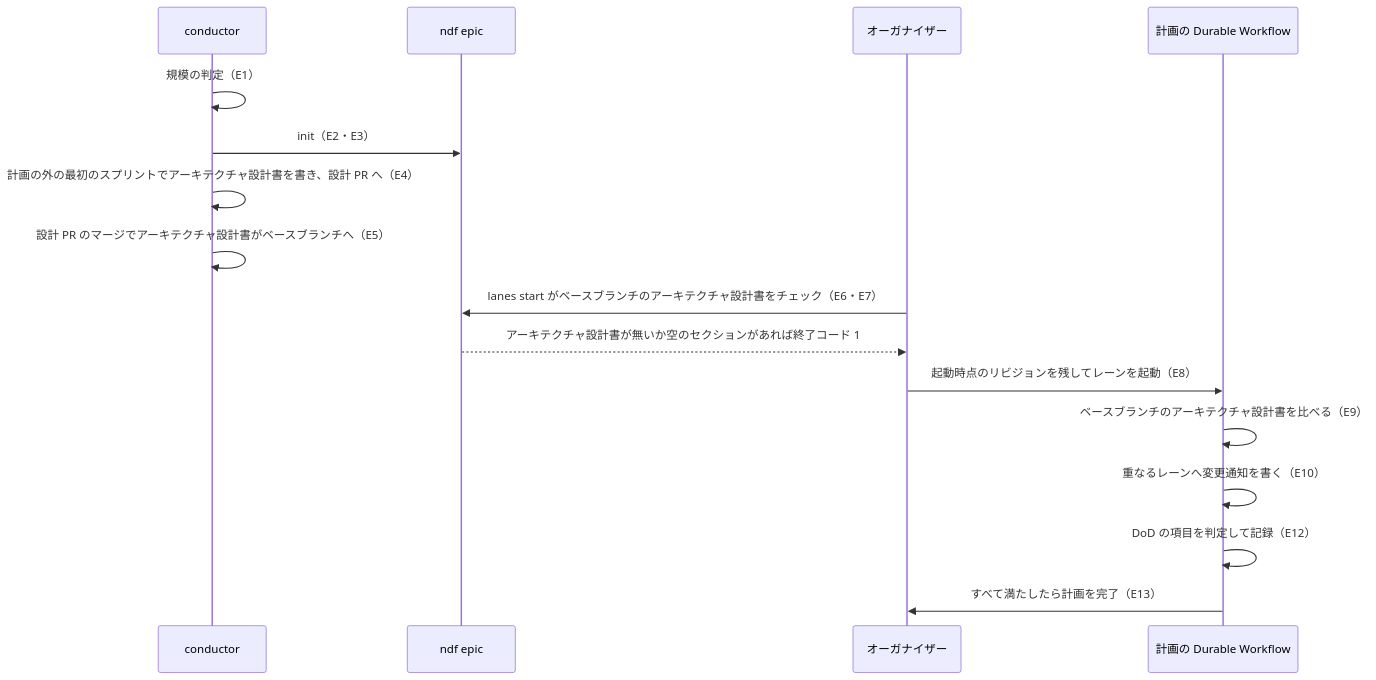
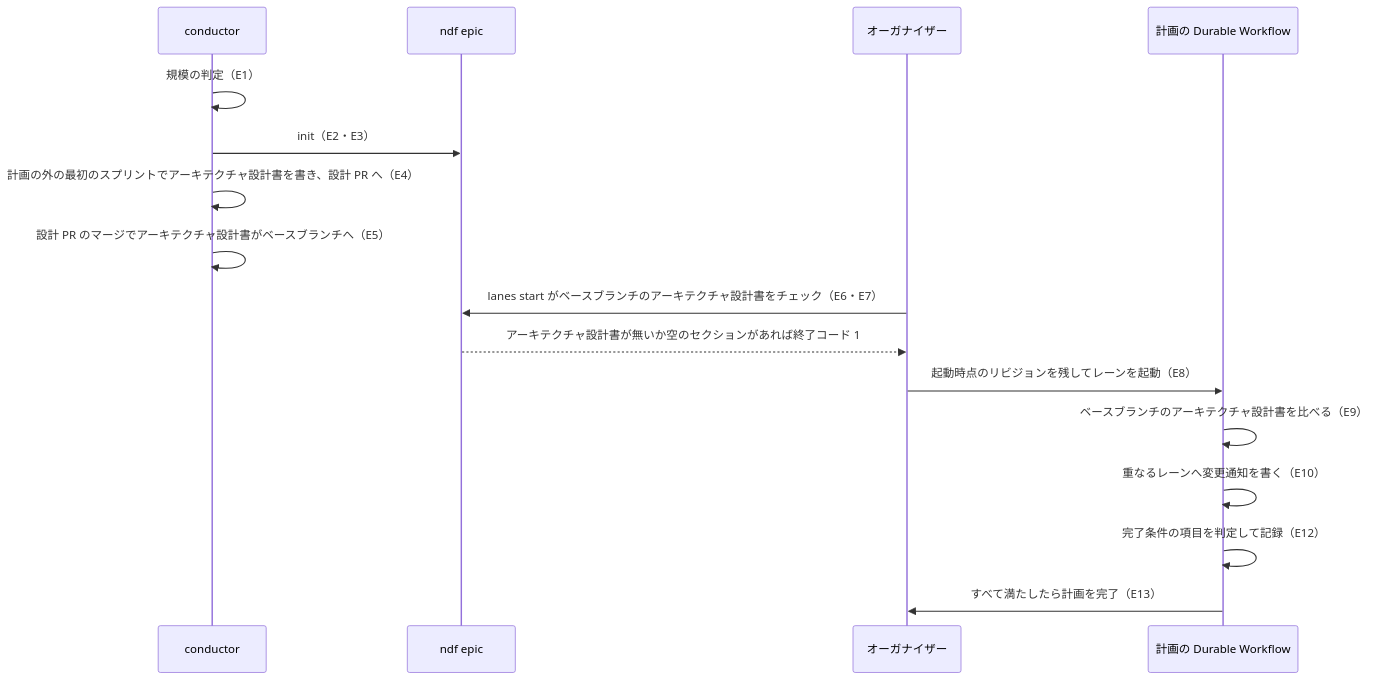
One commit to devbasex/ai-plugins changed the fourth of 5 diagrams in issues/issue-3600-design.md. Above: the diagram before and after it, drawn with Mermaid. The commit also changed other lines of this file and 4 other files, not shown here.

````diff
--- a/issues/issue-3600-design.md
+++ b/issues/issue-3600-design.md
@@ -441,18 +441,18 @@
 ```mermaid
 sequenceDiagram
     participant C as conductor
     participant E as ndf epic
     participant O as オーガナイザー
     participant W as 計画の Durable Workflow
     C->>C: 規模の判定（E1）
     C->>E: init（E2・E3）
     C->>C: 計画の外の最初のスプリントでアーキテクチャ設計書を書き、設計 PR へ（E4）
     C->>C: 設計 PR のマージでアーキテクチャ設計書がベースブランチへ（E5）
     O->>E: lanes start がベースブランチのアーキテクチャ設計書をチェック（E6・E7）
     E-->>O: アーキテクチャ設計書が無いか空のセクションがあれば終了コード 1
     O->>W: 起動時点のリビジョンを残してレーンを起動（E8）
     W->>W: ベースブランチのアーキテクチャ設計書を比べる（E9）
     W->>W: 重なるレーンへ変更通知を書く（E10）
-    W->>W: DoD の項目を判定して記録（E12）
+    W->>W: 完了条件の項目を判定して記録（E12）
     W->>O: すべて満たしたら計画を完了（E13）
 ```
````
